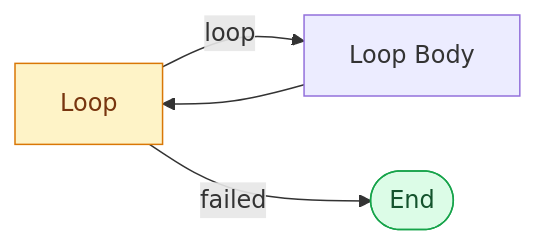
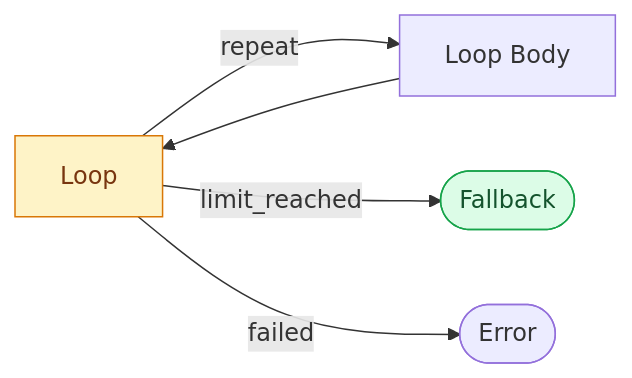
The diagram in public/documentation/20-loop.md (Nazyli/simflow-web), drawn with Mermaid before and after one commit. The commit also changed other lines of this file and 1 other file, not shown here.

```diff
--- a/public/documentation/20-loop.md
+++ b/public/documentation/20-loop.md
@@ -13,10 +13,11 @@
 ~~~mermaid
 flowchart LR
-    A[Loop] -->|loop| B[Loop Body]
+    A[Loop] -->|repeat| B[Loop Body]
     B --> A
-    A -->|failed| C([End])
+    A -->|limit_reached| C([Fallback])
+    A -->|failed| D([Error])
     classDef flow fill:#fef3c7,stroke:#d97706,color:#78350f
     classDef terminal fill:#dcfce7,stroke:#16a34a,color:#14532d
     class A flow
     class C terminal
 ~~~
```
